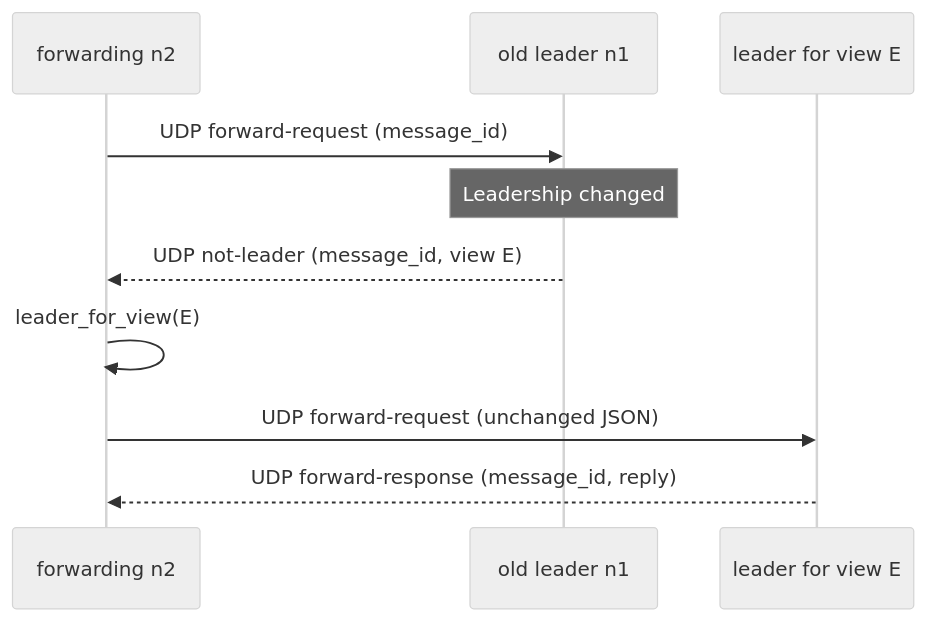
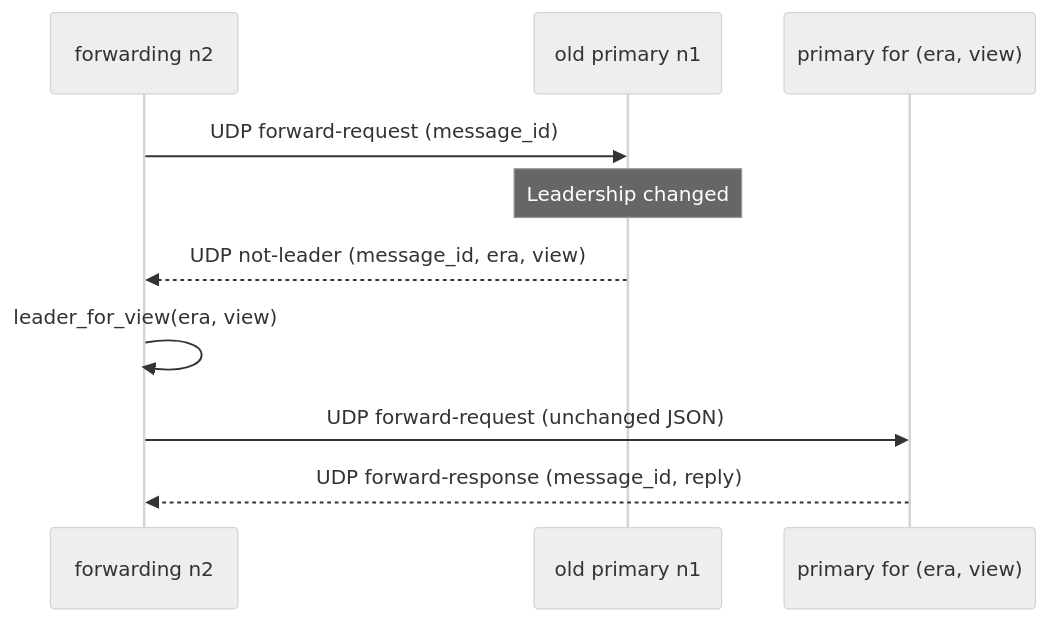
The third of 3 diagrams in docs/src/architecture.md (lua-lunet/lunet-locks), drawn with Mermaid (neutral theme) before and after one commit. The commit also changed other lines of this file and 3 other files, not shown here.

````diff
--- a/docs/src/architecture.md
+++ b/docs/src/architecture.md
@@ -109,12 +168,12 @@
 ```mermaid
 sequenceDiagram
     participant F as forwarding n2
-    participant O as old leader n1
-    participant N as leader for view E
+    participant O as old primary n1
+    participant N as primary for (era, view)
     F->>O: UDP forward-request (message_id)
     Note over O: Leadership changed
-    O-->>F: UDP not-leader (message_id, view E)
-    F->>F: leader_for_view(E)
+    O-->>F: UDP not-leader (message_id, era, view)
+    F->>F: leader_for_view(era, view)
     F->>N: UDP forward-request (unchanged JSON)
     N-->>F: UDP forward-response (message_id, reply)
 ```
````
